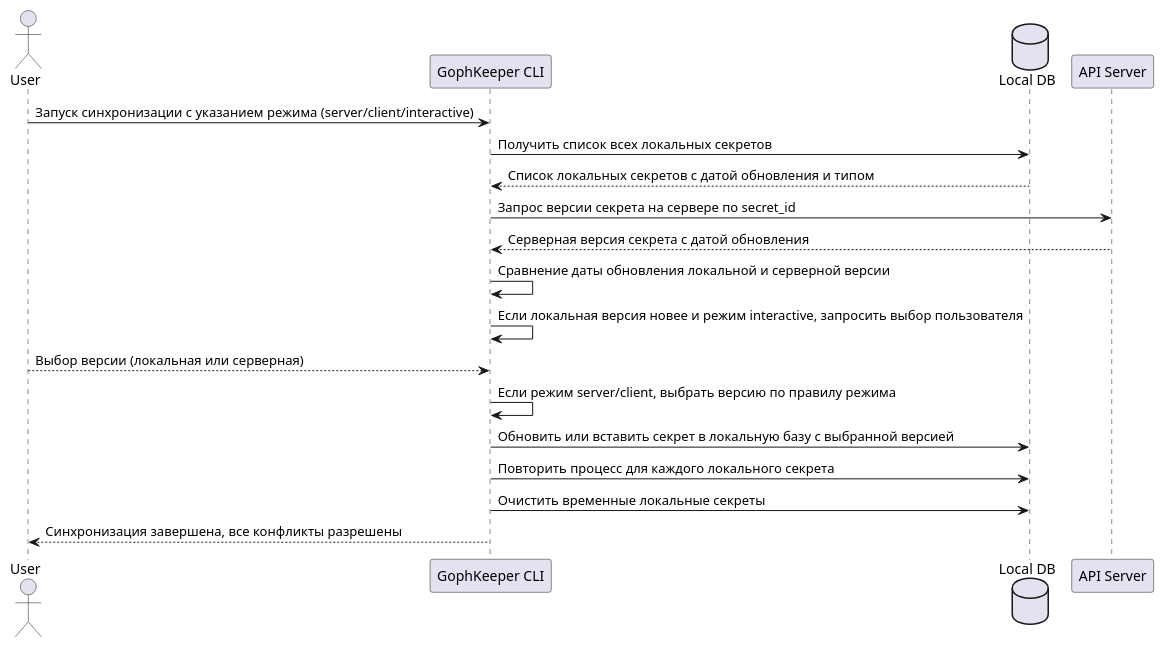
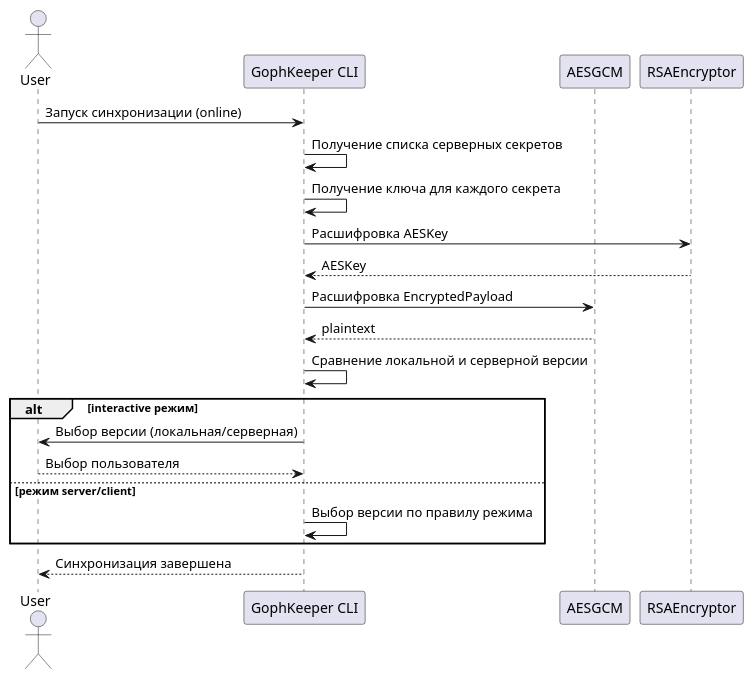
One commit to sbilibin2017/gophkeeper changed the diagram in docs/sync.puml. Above: the diagram before and after it, drawn with PlantUML. The commit also changed 10 other files, not shown here.

```diff
--- a/docs/sync.puml
+++ b/docs/sync.puml
@@ -1,36 +1,27 @@
 @startuml
-' Актор — пользователь GophKeeper CLI
 actor User
+participant "GophKeeper CLI" as Client
+participant AESGCM
+participant RSAEncryptor
 
-' Участники процесса
-participant "GophKeeper CLI" as Client
-database "Local DB" as LDB
-participant "API Server" as Server
+User -> Client: Запуск синхронизации (online)
 
-' Пользователь инициирует синхронизацию
-User -> Client: Запуск синхронизации с указанием режима (server/client/interactive)
+Client -> Client: Получение списка серверных секретов
+Client -> Client: Получение ключа для каждого секрета
 
-' Получение локальных секретов
-Client -> LDB: Получить список всех локальных секретов
-LDB --> Client: Список локальных секретов с датой обновления и типом
+Client -> RSAEncryptor: Расшифровка AESKey
+RSAEncryptor --> Client: AESKey
 
-' Для каждого секрета выполняются шаги:
-Client -> Server: Запрос версии секрета на сервере по secret_id
-Server --> Client: Серверная версия секрета с датой обновления
+Client -> AESGCM: Расшифровка EncryptedPayload
+AESGCM --> Client: plaintext
 
-Client -> Client: Сравнение даты обновления локальной и серверной версии
+Client -> Client: Сравнение локальной и серверной версии
+alt interactive режим
+    Client -> User: Выбор версии (локальная/серверная)
+    User --> Client: Выбор пользователя
+else режим server/client
+    Client -> Client: Выбор версии по правилу режима
+end
 
-Client -> Client: Если локальная версия новее и режим interactive, запросить выбор пользователя
-User --> Client: Выбор версии (локальная или серверная)
-
-Client -> Client: Если режим server/client, выбрать версию по правилу режима
-
-Client -> LDB: Обновить или вставить секрет в локальную базу с выбранной версией
-
-Client -> LDB: Повторить процесс для каждого локального секрета
-
-' Очистка локальной БД после завершения синхронизации
-Client -> LDB: Очистить временные локальные секреты
-
-Client --> User: Синхронизация завершена, все конфликты разрешены
+Client --> User: Синхронизация завершена
 @enduml
```
